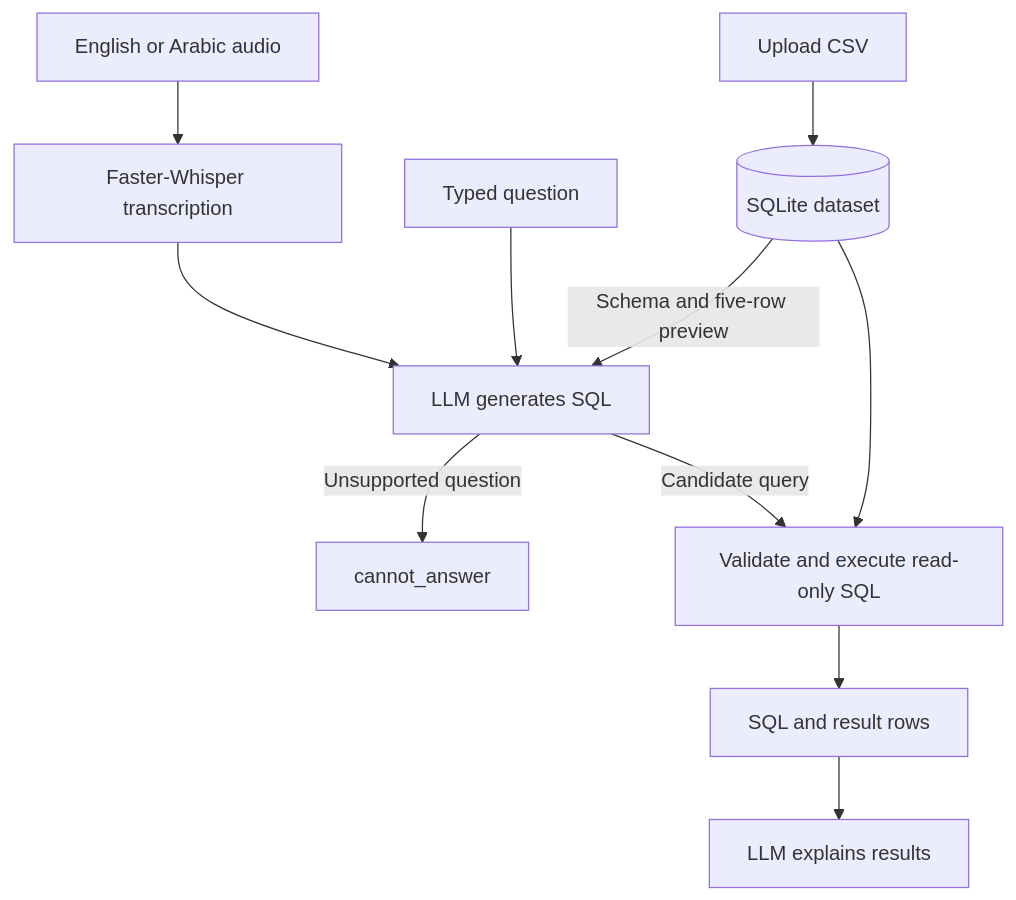
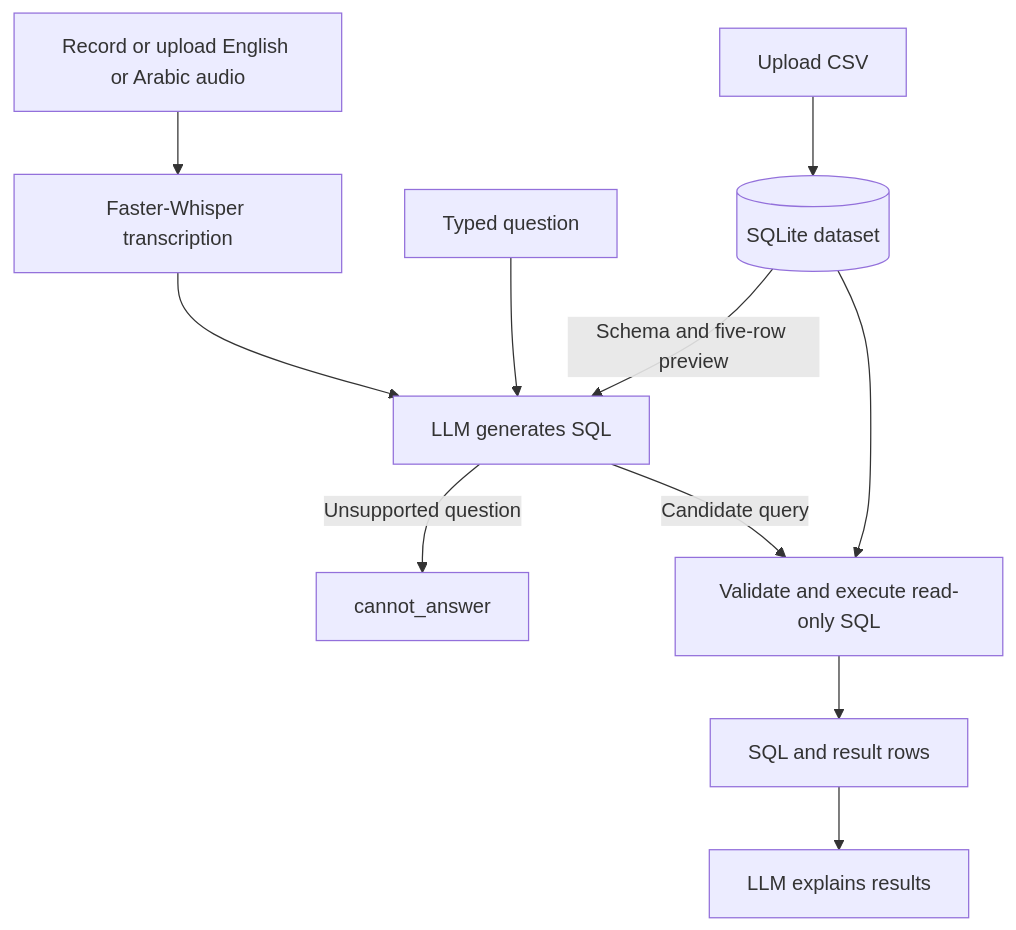
Before and after one commit to Abubaker-Nafe/cellula-tech-task-5: the diagram in README.md, drawn with Mermaid. The commit also changed other lines of this file and 5 other files, not shown here.

````diff
--- a/README.md
+++ b/README.md
@@ -27,13 +31,13 @@
 ```mermaid
 flowchart TD
     CSV["Upload CSV"] --> DB[("SQLite dataset")]
-    Audio["English or Arabic audio"] --> Speech["Faster-Whisper transcription"]
+    Audio["Record or upload English or Arabic audio"] --> Speech["Faster-Whisper transcription"]
     Speech --> SQL["LLM generates SQL"]
     Text["Typed question"] --> SQL
     DB -->|"Schema and five-row preview"| SQL
     SQL -->|"Unsupported question"| Refusal["cannot_answer"]
     SQL -->|"Candidate query"| Execute["Validate and execute read-only SQL"]
     DB --> Execute
     Execute --> Rows["SQL and result rows"]
     Rows --> Explain["LLM explains results"]
 ```
````
